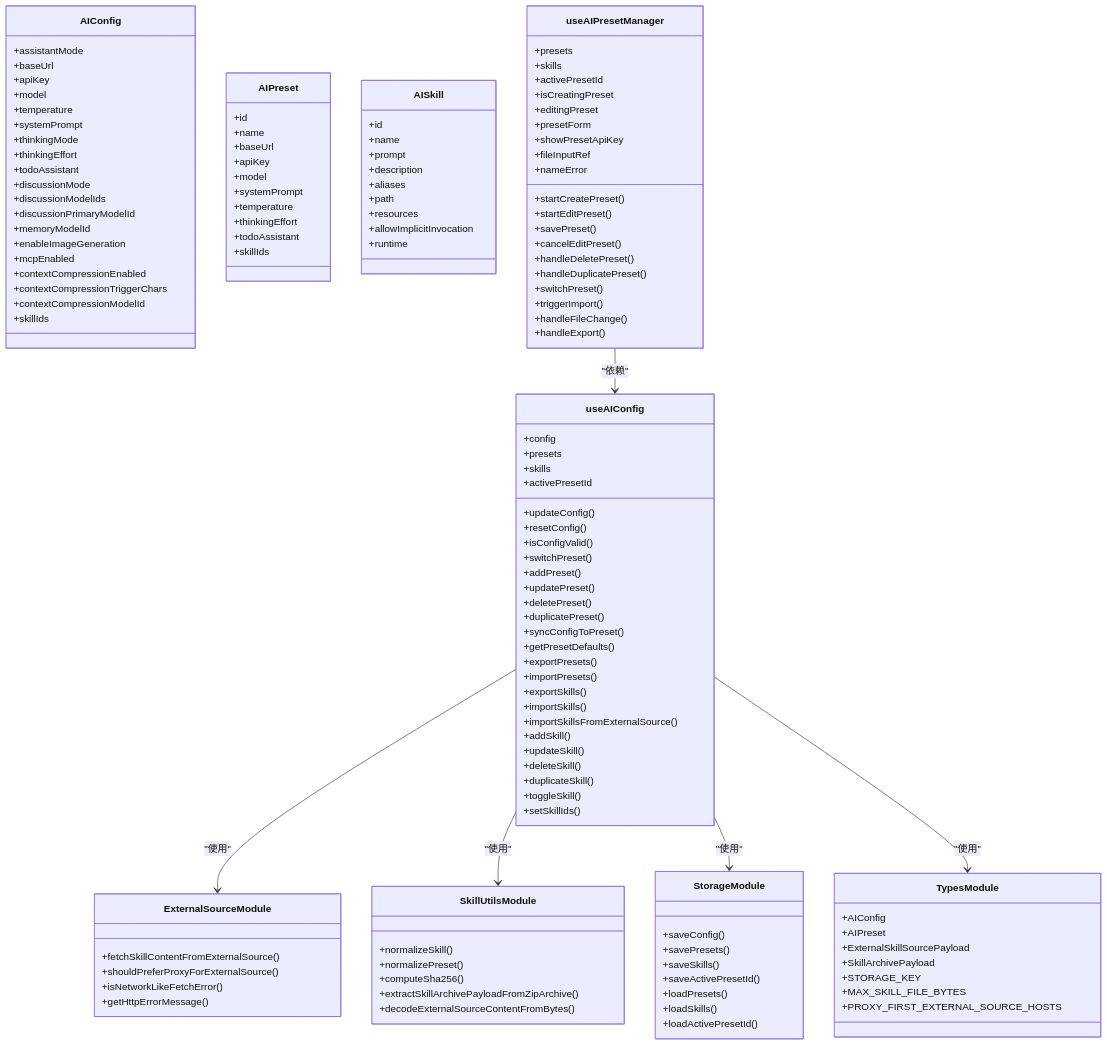
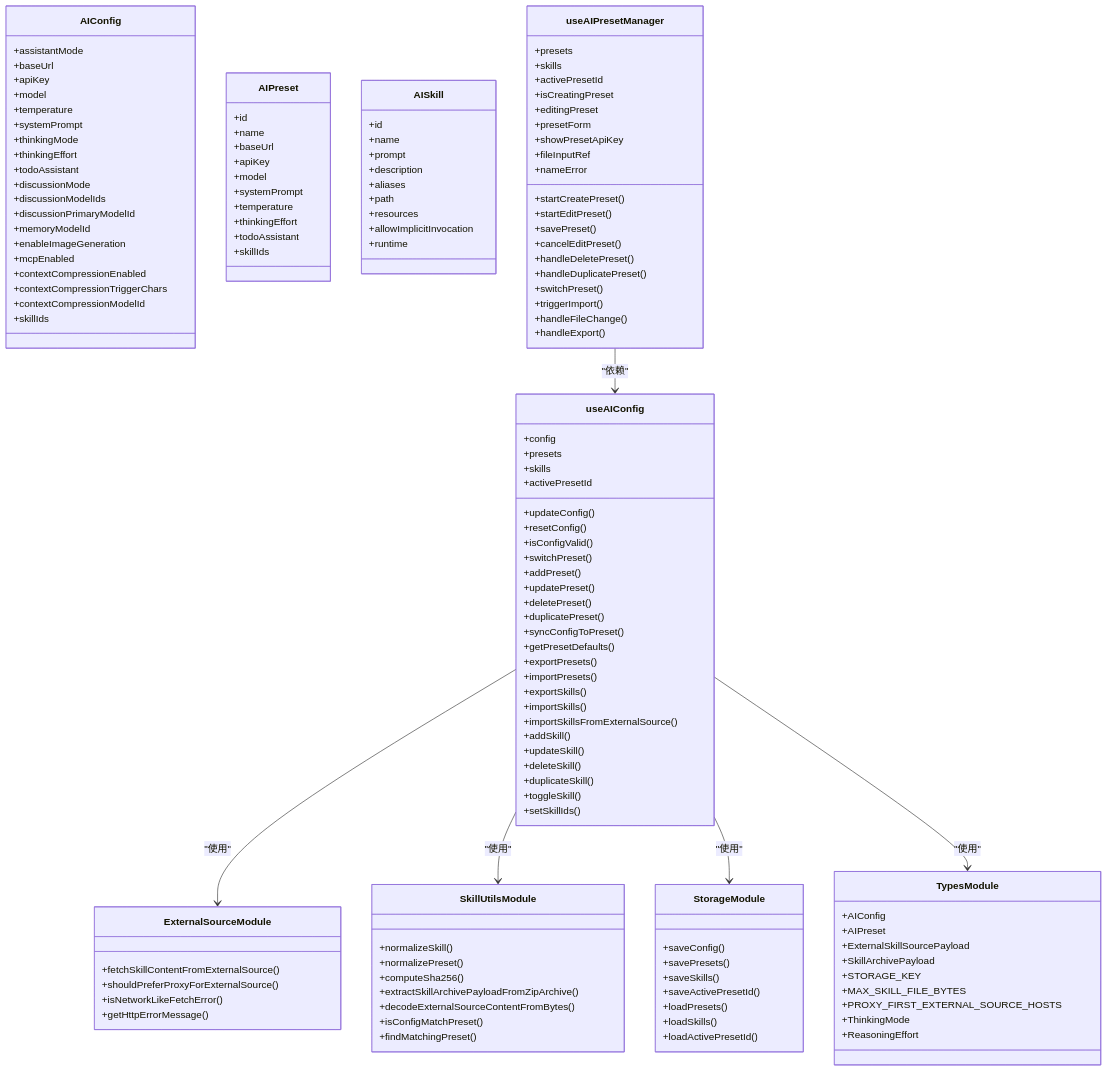
Before and after one commit to xixixiaoyu/Todo: the second of 6 diagrams in .qoder/repowiki/zh/content/核心模块/AI助手系统/预设配置.md, drawn with Mermaid. The commit also changed other lines of this file and 6 other files, not shown here.

```diff
--- a/.qoder/repowiki/zh/content/核心模块/AI助手系统/预设配置.md
+++ b/.qoder/repowiki/zh/content/核心模块/AI助手系统/预设配置.md
@@ -178,6 +189,8 @@
 +computeSha256()
 +extractSkillArchivePayloadFromZipArchive()
 +decodeExternalSourceContentFromBytes()
++isConfigMatchPreset()
++findMatchingPreset()
 }
 class StorageModule {
 +saveConfig()
@@ -196,6 +209,8 @@
 +STORAGE_KEY
 +MAX_SKILL_FILE_BYTES
 +PROXY_FIRST_EXTERNAL_SOURCE_HOSTS
++ThinkingMode
++ReasoningEffort
 }
 class useAIConfig {
 +config
```
